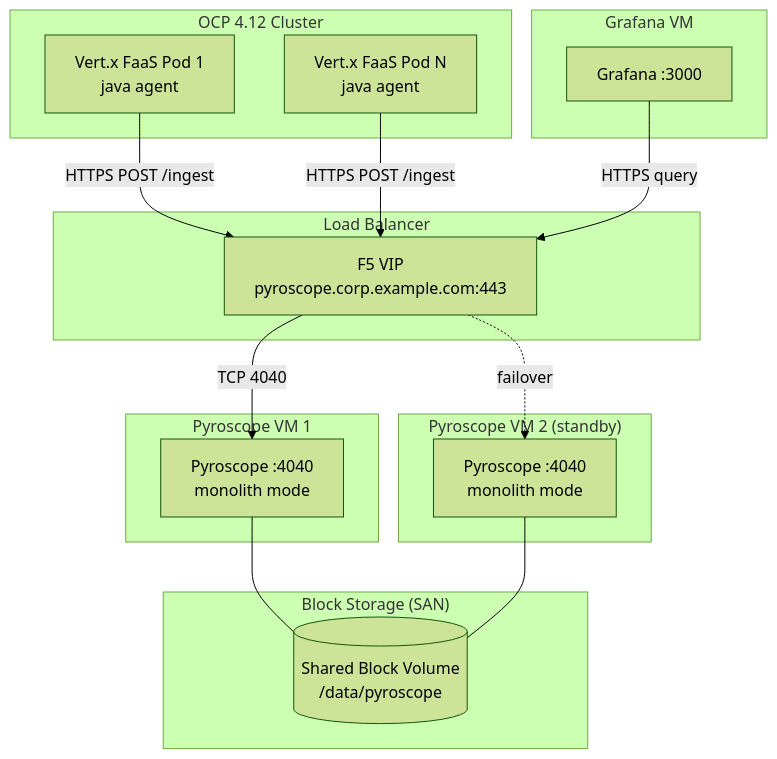
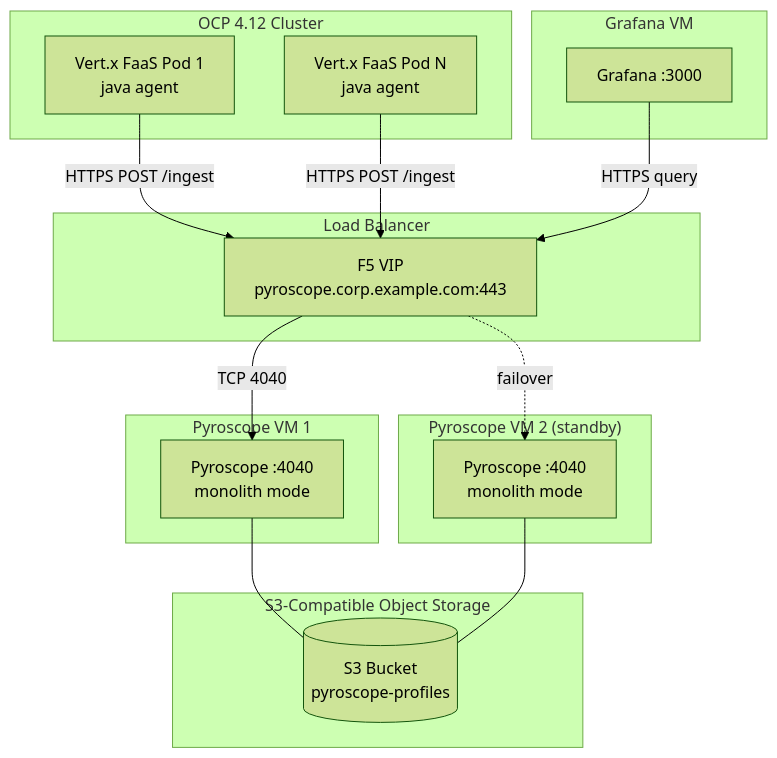
One commit to aff0gat000/pyroscope changed the fourth of 12 diagrams in docs/architecture.md. Above: the diagram before and after it, drawn with Mermaid (forest theme). The commit also changed other lines of this file and 26 other files, not shown here.

First line of the commit message:
Replace block storage with S3-compatible object storage across all docs and configs

````diff
--- a/docs/architecture.md
+++ b/docs/architecture.md
@@ -294,38 +294,38 @@
 ```mermaid
 graph TB
     subgraph "OCP 4.12 Cluster"
         FaaS1["Vert.x FaaS Pod 1<br/>java agent"]
         FaaS2["Vert.x FaaS Pod N<br/>java agent"]
     end
 
     subgraph "Load Balancer"
         VIP["F5 VIP<br/>pyroscope.corp.example.com:443"]
     end
 
     subgraph "Pyroscope VM 1"
         Pyro1["Pyroscope :4040<br/>monolith mode"]
     end
 
     subgraph "Pyroscope VM 2 (standby)"
         Pyro2["Pyroscope :4040<br/>monolith mode"]
     end
 
-    subgraph "Block Storage (SAN)"
-        BS[("Shared Block Volume<br/>/data/pyroscope")]
+    subgraph "S3-Compatible Object Storage"
+        BS[("S3 Bucket<br/>pyroscope-profiles")]
     end
 
     subgraph "Grafana VM"
         Grafana["Grafana :3000"]
     end
 
     FaaS1 -->|"HTTPS POST /ingest"| VIP
     FaaS2 -->|"HTTPS POST /ingest"| VIP
 
     VIP -->|"TCP 4040"| Pyro1
     VIP -.->|"failover"| Pyro2
 
     Pyro1 --- BS
     Pyro2 --- BS
 
     Grafana -->|"HTTPS query"| VIP
 ```
````
